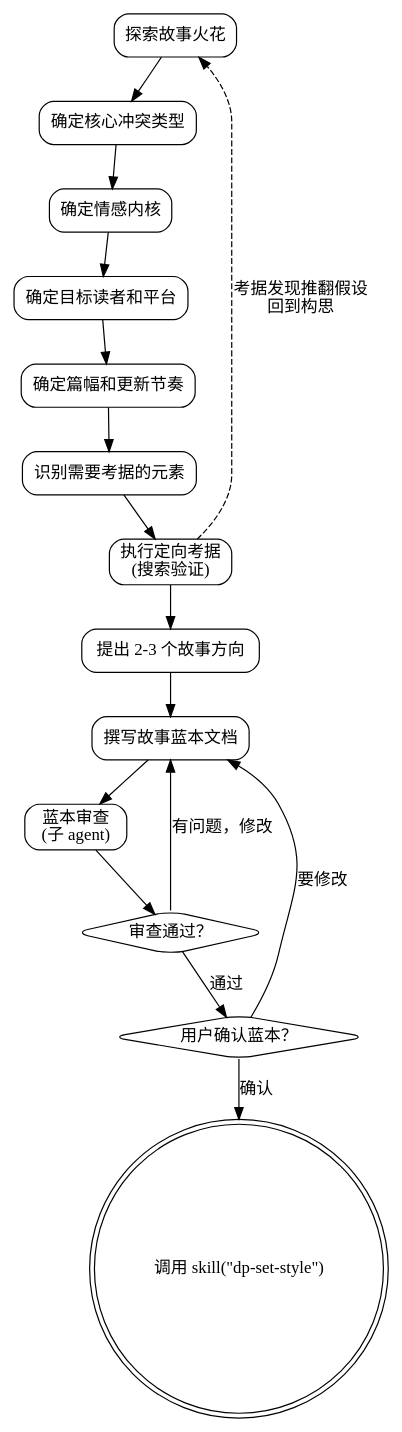
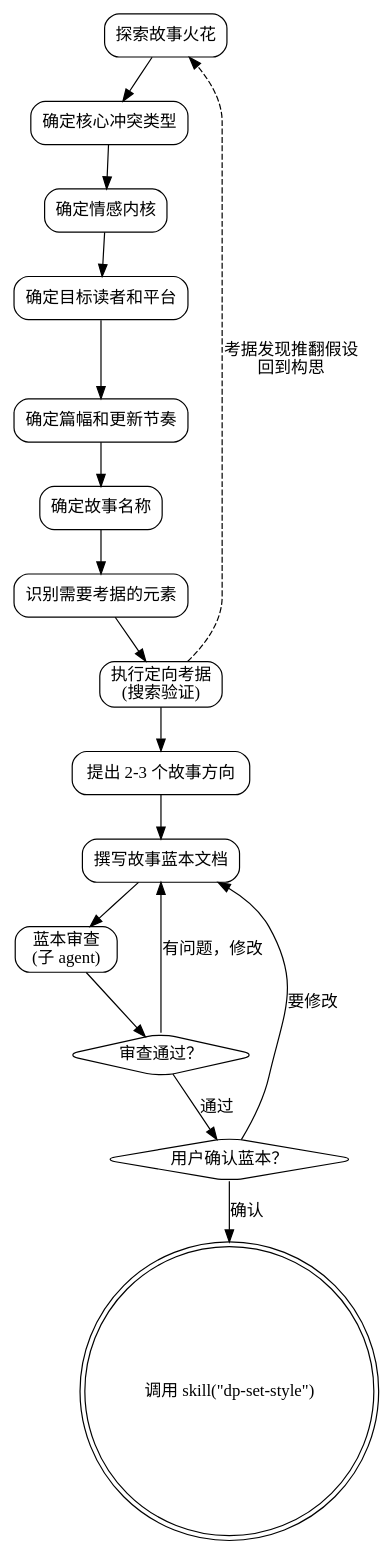
Before and after one commit to skyfiredao/dreampowers: the diagram in skills/dp-tool-research/SKILL.md, drawn with Graphviz. The commit also changed other lines of this file and 16 other files, not shown here.

````diff
--- a/skills/dp-tool-research/SKILL.md
+++ b/skills/dp-tool-research/SKILL.md
@@ -57,37 +56,39 @@
 ```dot
 digraph research_idea {
     rankdir=TB;
     node [shape=box, style=rounded];
 
     spark [label="探索故事火花"];
     conflict [label="确定核心冲突类型"];
     emotion [label="确定情感内核"];
     audience [label="确定目标读者和平台"];
     length [label="确定篇幅和更新节奏"];
+    naming [label="确定故事名称"];
     research_gap [label="识别需要考据的元素"];
     research_exec [label="执行定向考据\n(搜索验证)"];
     directions [label="提出 2-3 个故事方向"];
     blueprint [label="撰写故事蓝本文档"];
     review [label="蓝本审查\n(子 agent)"];
     review_pass [label="审查通过？" shape=diamond];
     user_confirm [label="用户确认蓝本？" shape=diamond];
     transition [label="调用 skill(\"dp-set-style\")" shape=doublecircle];
 
     spark -> conflict;
     conflict -> emotion;
     emotion -> audience;
     audience -> length;
-    length -> research_gap;
+    length -> naming;
+    naming -> research_gap;
     research_gap -> research_exec;
     research_exec -> directions;
     directions -> blueprint;
     blueprint -> review;
     review -> review_pass;
     review_pass -> blueprint [label="有问题，修改"];
     review_pass -> user_confirm [label="通过"];
     user_confirm -> blueprint [label="要修改"];
     user_confirm -> transition [label="确认"];
 
     research_exec -> spark [label="考据发现推翻假设\n回到构思" style=dashed];
 }
 ```
````
